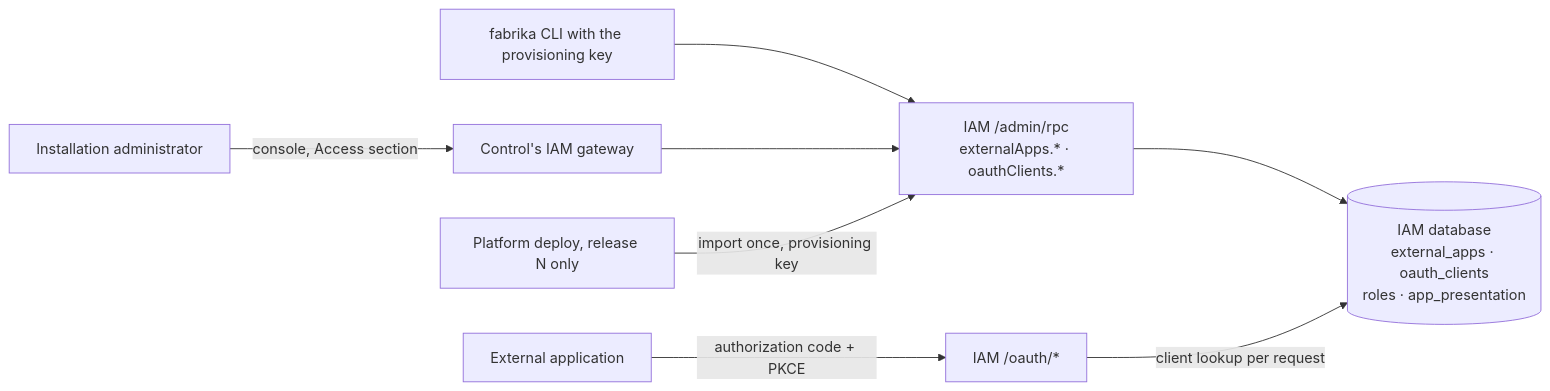
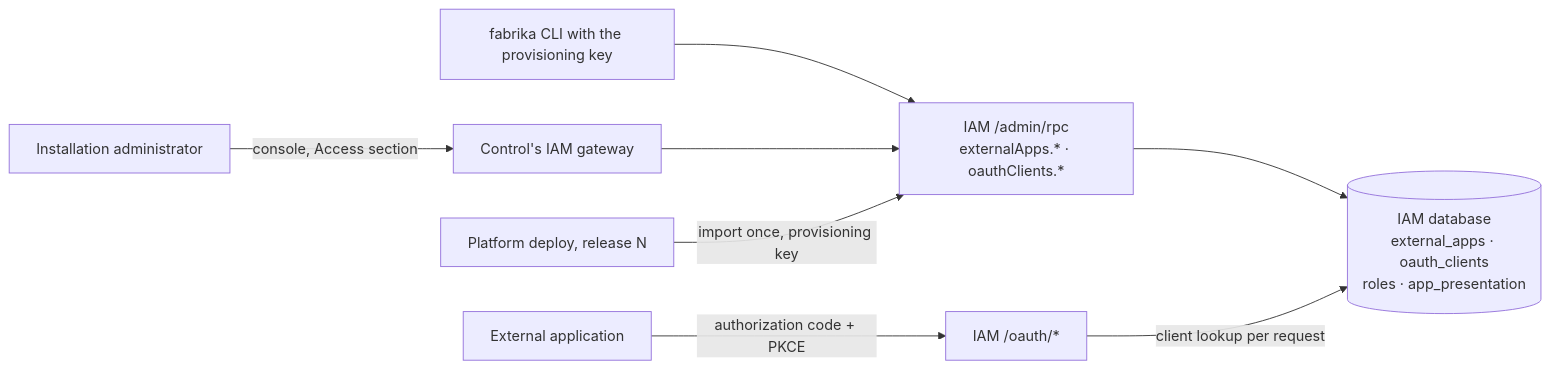
The first of 2 diagrams in docs/ideas/runtime-registration-of-external-applications.md (contember/fabrika-platform), drawn with Mermaid before and after one commit. The commit also changed other lines of this file and 2 other files, not shown here.

````diff
--- a/docs/ideas/runtime-registration-of-external-applications.md
+++ b/docs/ideas/runtime-registration-of-external-applications.md
@@ -44,10 +46,10 @@
 ```mermaid
 flowchart LR
   admin[Installation administrator] -->|console, Access section| gw[Control's IAM gateway]
   cli[fabrika CLI with the provisioning key] --> rpc
   gw --> rpc[IAM /admin/rpc<br/>externalApps.* · oauthClients.*]
   rpc --> db[(IAM database<br/>external_apps · oauth_clients<br/>roles · app_presentation)]
   extapp[External application] -->|authorization code + PKCE| oauth[IAM /oauth/*]
   oauth -->|client lookup per request| db
-  deploy[Platform deploy, release N only] -->|import once, provisioning key| rpc
+  deploy[Platform deploy, release N] -->|import once, provisioning key| rpc
 ```
````
